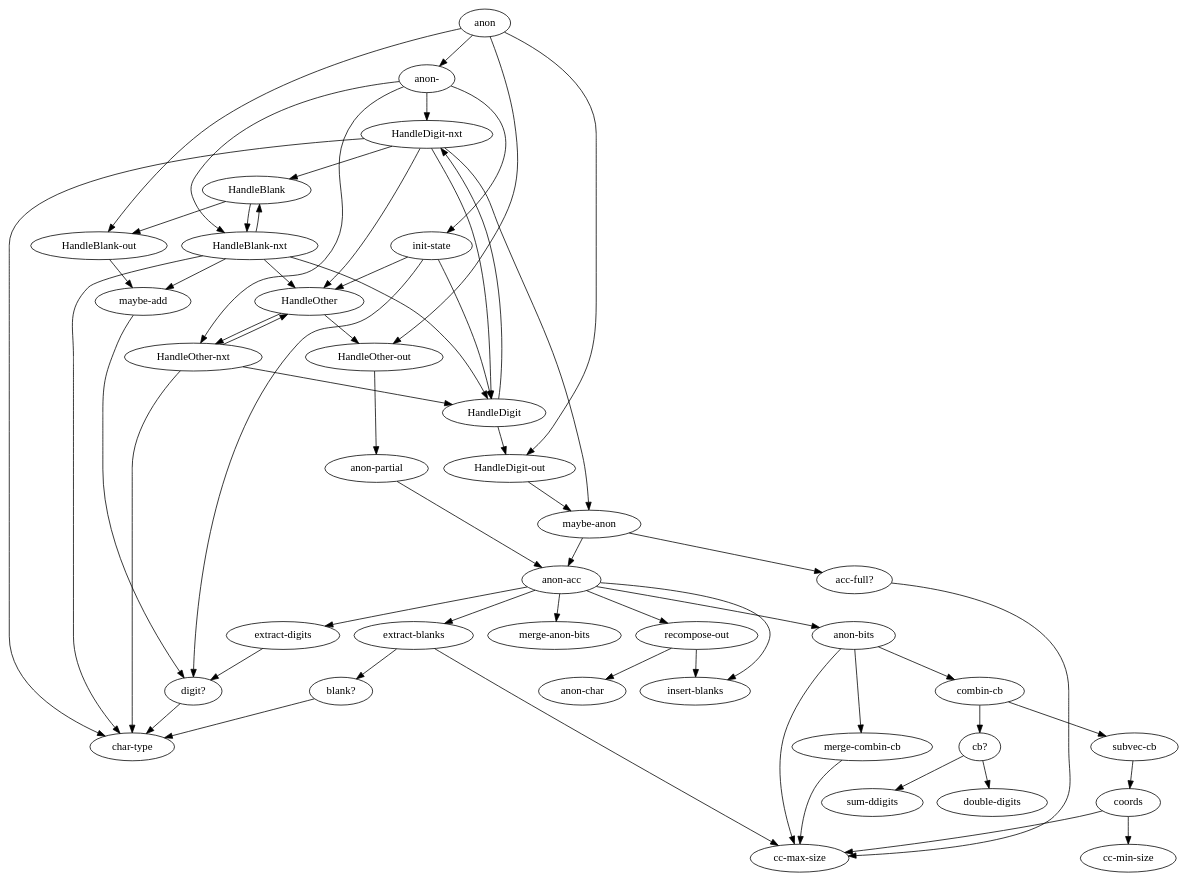
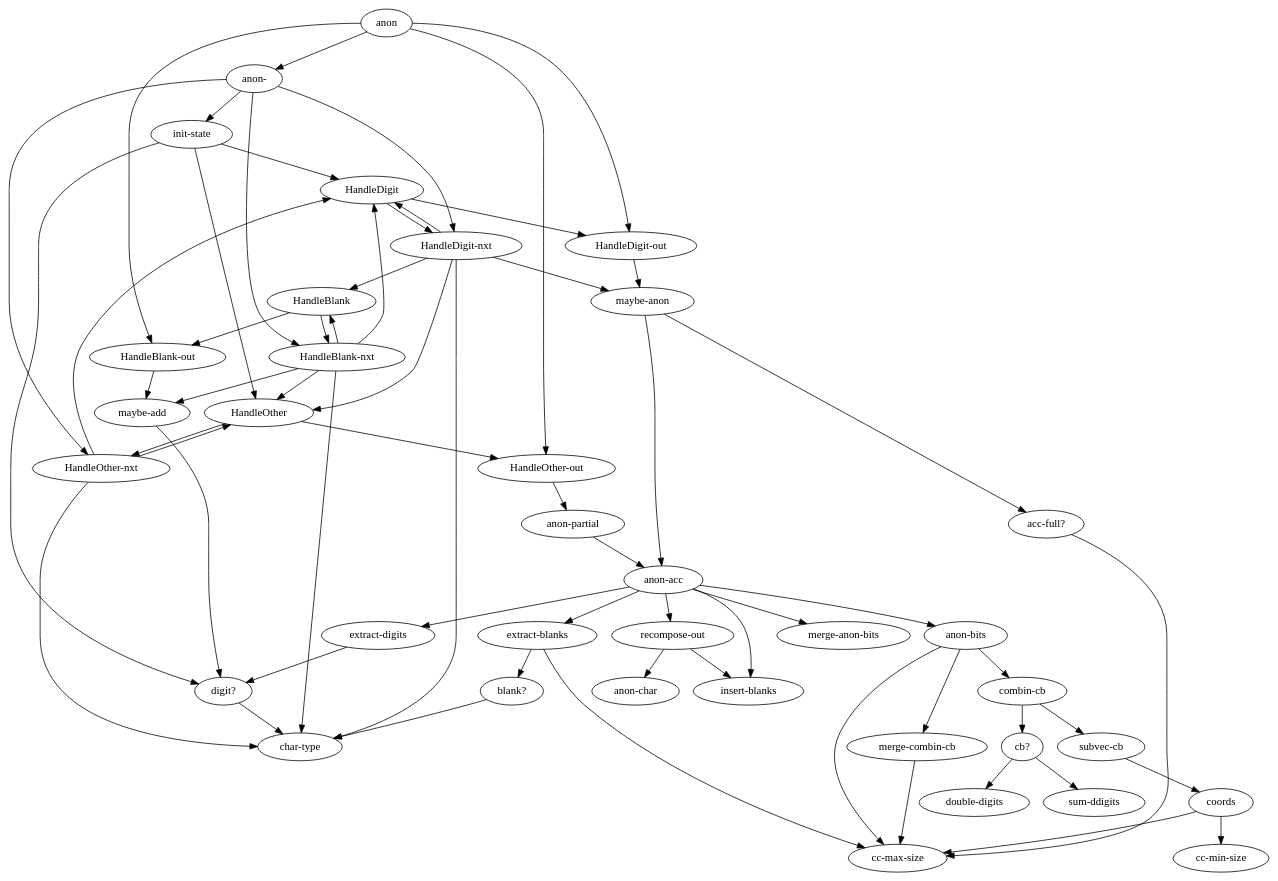
The diagram in doc/algo.dot (denlab/luhn-challenge), drawn with Graphviz before and after one commit.

Commit message:
Change the order to start with the state.

```diff
--- a/doc/algo.dot
+++ b/doc/algo.dot
@@ -1,93 +1,91 @@
 digraph {
+        "init-state" -> "HandleDigit";
+        "init-state" -> "HandleOther";
+        "init-state" -> "digit?";
+
+        "anon-" -> "init-state";
+        "anon-" -> "HandleDigit-nxt";
+        "anon-" -> "HandleBlank-nxt";
+        "anon-" -> "HandleOther-nxt";
+
+        "anon" -> "anon-";
+        "anon" -> "HandleDigit-out";
+        "anon" -> "HandleBlank-out";
+        "anon" -> "HandleOther-out";
+
+        "HandleOther" -> "HandleOther-nxt";
+        "HandleOther" -> "HandleOther-out";
+
+        "HandleDigit" -> "HandleDigit-nxt";
+        "HandleDigit" -> "HandleDigit-out";
+
+        "HandleBlank" -> "HandleBlank-nxt";
+        "HandleBlank" -> "HandleBlank-out";
         
+        "HandleOther-nxt" -> "char-type";
+        "HandleOther-nxt" -> "HandleOther";
+        "HandleOther-nxt" -> "HandleDigit";
+        
+        "HandleOther-out" -> "anon-partial";
+
+        "HandleBlank-nxt" -> "char-type";
+        "HandleBlank-nxt" -> "maybe-add";
+        "HandleBlank-nxt" -> "HandleDigit";
+        "HandleBlank-nxt" -> "HandleBlank";
+        "HandleBlank-nxt" -> "HandleOther";
+
+        "HandleBlank-out" -> "maybe-add";
+        
+        "HandleDigit-nxt" -> "char-type";
+        "HandleDigit-nxt" -> "maybe-anon";
+        "HandleDigit-nxt" -> "HandleDigit";
+        "HandleDigit-nxt" -> "HandleBlank";
+        "HandleDigit-nxt" -> "HandleOther";
+
+        "HandleDigit-out" -> "maybe-anon";
+
         "anon-partial" -> "anon-acc";
 
         "maybe-add" -> "digit?";
 
         "acc-full?" -> "cc-max-size";
 
         "blank?" -> "char-type";
 
         "extract-blanks" -> "cc-max-size";
         "extract-blanks" -> "blank?";
 
         "digit?" -> "char-type";
 
         "extract-digits" -> "digit?";
 
         "recompose-out" -> "anon-char";
         "recompose-out" -> "insert-blanks";
 
         "merge-combin-cb" -> "cc-max-size";
 
         "coords" -> "cc-min-size";
         "coords" -> "cc-max-size";
 
         "subvec-cb" -> "coords";
 
         "cb?" -> "sum-ddigits";
         "cb?" -> "double-digits";
 
         "combin-cb" -> "subvec-cb";
         "combin-cb" -> "cb?";
 
         "anon-bits" -> "cc-max-size";
         "anon-bits" -> "combin-cb";
         "anon-bits" -> "merge-combin-cb";
 
         "anon-acc" -> "extract-digits";
         "anon-acc" -> "extract-blanks";
         "anon-acc" -> "anon-bits";
         "anon-acc" -> "merge-anon-bits";
         "anon-acc" -> "recompose-out";
         "anon-acc" -> "insert-blanks";
 
         "maybe-anon" -> "acc-full?";
         "maybe-anon" -> "anon-acc";
-
-        "init-state" -> "HandleDigit";
-        "init-state" -> "HandleOther";
-        "init-state" -> "digit?";
-
-        "anon-" -> "init-state";
-        "anon-" -> "HandleDigit-nxt";
-        "anon-" -> "HandleBlank-nxt";
-        "anon-" -> "HandleOther-nxt";
-
-        "anon" -> "anon-";
-        "anon" -> "HandleDigit-out";
-        "anon" -> "HandleBlank-out";
-        "anon" -> "HandleOther-out";
-
-        "HandleOther" -> "HandleOther-nxt";
-        "HandleOther" -> "HandleOther-out";
-
-        "HandleDigit" -> "HandleDigit-nxt";
-        "HandleDigit" -> "HandleDigit-out";
-
-        "HandleBlank" -> "HandleBlank-nxt";
-        "HandleBlank" -> "HandleBlank-out";
-        
-
-        "HandleOther-nxt" -> "char-type";
-        "HandleOther-nxt" -> "HandleOther";
-        "HandleOther-nxt" -> "HandleDigit";
-        
-        "HandleOther-out" -> "anon-partial";
-
-        "HandleBlank-nxt" -> "char-type";
-        "HandleBlank-nxt" -> "maybe-add";
-        "HandleBlank-nxt" -> "HandleDigit";
-        "HandleBlank-nxt" -> "HandleBlank";
-        "HandleBlank-nxt" -> "HandleOther";
-
-        "HandleBlank-out" -> "maybe-add";
-        
-        "HandleDigit-nxt" -> "char-type";
-        "HandleDigit-nxt" -> "maybe-anon";
-        "HandleDigit-nxt" -> "HandleDigit";
-        "HandleDigit-nxt" -> "HandleBlank";
-        "HandleDigit-nxt" -> "HandleOther";
-
-        "HandleDigit-out" -> "maybe-anon";
 }
```
